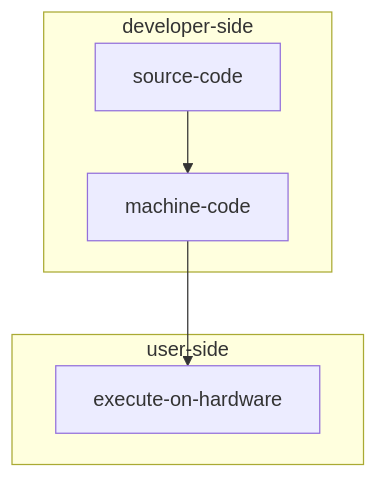
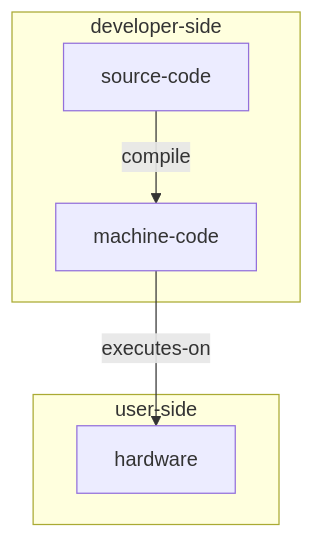
Before and after one commit to Trent-Fellbootman/dev000: the first of 4 diagrams in docs/programming-languages/overview.md, drawn with Mermaid. The commit also changed other lines of this file, not shown here.

````diff
--- a/docs/programming-languages/overview.md
+++ b/docs/programming-languages/overview.md
@@ -90,11 +90,11 @@
 ```mermaid
 graph TD
 
     subgraph developer-side
-        source-code --> machine-code
+        source-code -->|compile| machine-code
     end
 
     subgraph user-side
-        machine-code --> execute-on-hardware
+        machine-code -->|executes-on| hardware
     end
 ```
````
